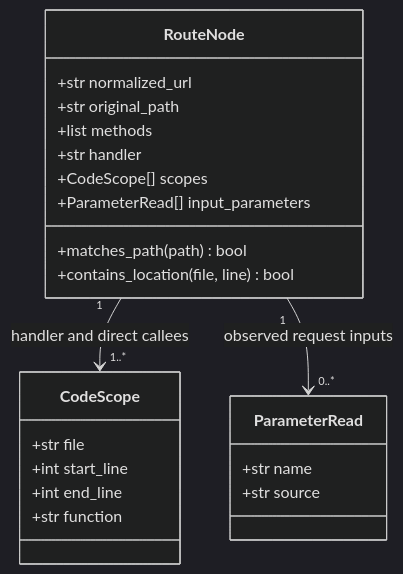
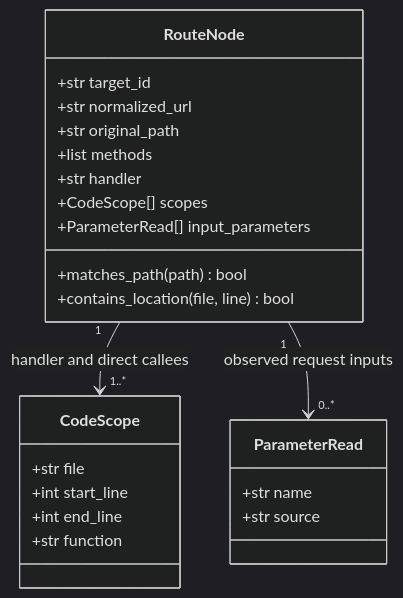
Before and after one commit to Halcyora/mitigata: diagram 18 of 25 in docs/P06-Architecture.md, drawn with Mermaid (dark theme). The commit also changed other lines of this file and 2 other files, not shown here.

First line of the commit message:
Enhance correlation engine documentation with target_id requirements and clarify merging logic

````diff
--- a/docs/P06-Architecture.md
+++ b/docs/P06-Architecture.md
@@ -621,28 +635,29 @@
 ```mermaid
 classDiagram
     class RouteNode {
+        +str target_id
         +str normalized_url
         +str original_path
         +list methods
         +str handler
         +CodeScope[] scopes
         +ParameterRead[] input_parameters
         +matches_path(path) bool
         +contains_location(file, line) bool
     }
 
     class CodeScope {
         +str file
         +int start_line
         +int end_line
         +str function
     }
 
     class ParameterRead {
         +str name
         +str source
     }
 
     RouteNode "1" --> "1..*" CodeScope : handler and direct callees
     RouteNode "1" --> "0..*" ParameterRead : observed request inputs
 ```
````
